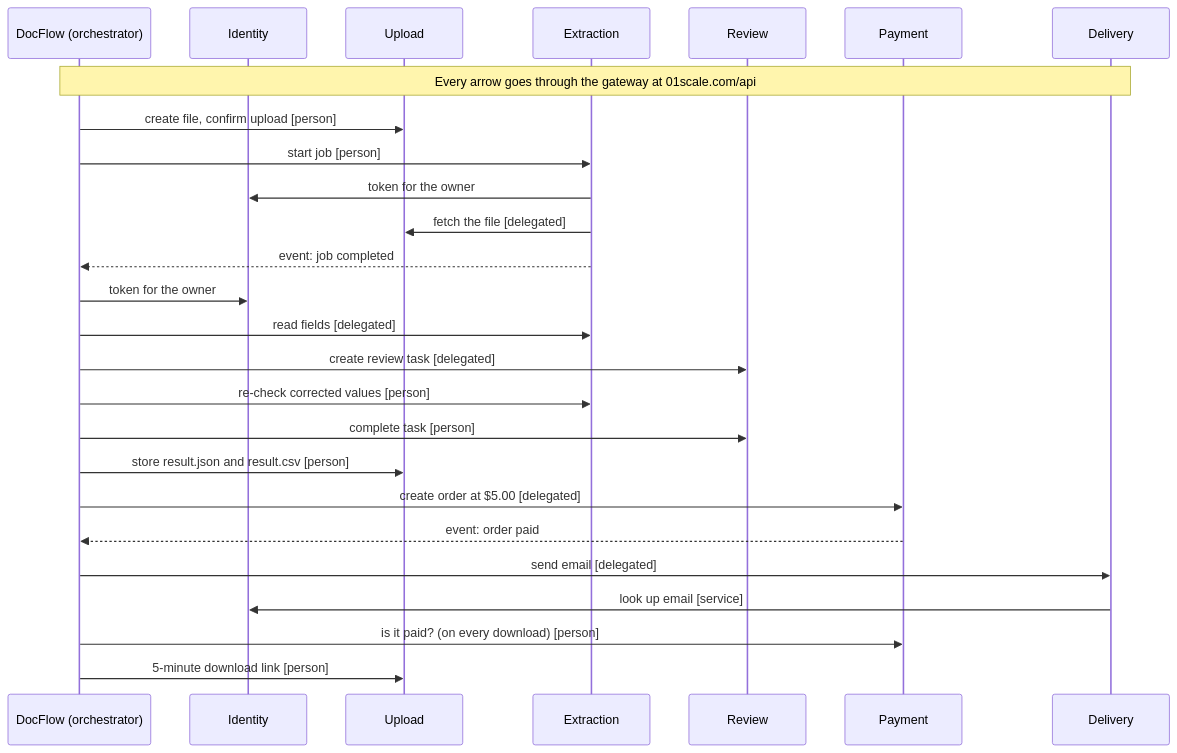
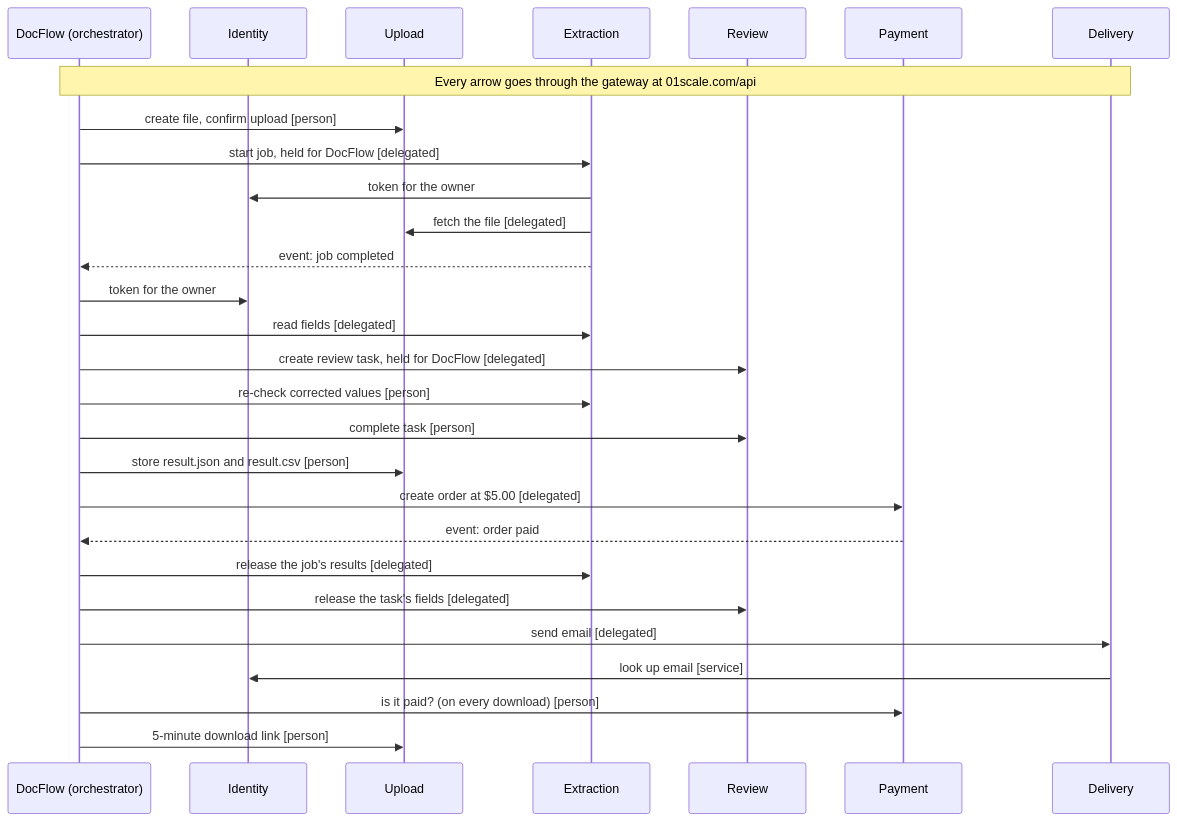
One commit to founder2863/01scale.com changed the seventh of 8 diagrams in docs/architecture/ARCHITECTURE.md. Above: the diagram before and after it, drawn with Mermaid. The commit also changed other lines of this file and 35 other files, not shown here.

````diff
--- a/docs/architecture/ARCHITECTURE.md
+++ b/docs/architecture/ARCHITECTURE.md
@@ -365,28 +365,30 @@
 ```mermaid
 sequenceDiagram
   participant D as DocFlow (orchestrator)
   participant I as Identity
   participant U as Upload
   participant X as Extraction
   participant R as Review
   participant P as Payment
   participant L as Delivery
   Note over D,L: Every arrow goes through the gateway at 01scale.com/api
   D->>U: create file, confirm upload [person]
-  D->>X: start job [person]
+  D->>X: start job, held for DocFlow [delegated]
   X->>I: token for the owner
   X->>U: fetch the file [delegated]
   X-->>D: event: job completed
   D->>I: token for the owner
   D->>X: read fields [delegated]
-  D->>R: create review task [delegated]
+  D->>R: create review task, held for DocFlow [delegated]
   D->>X: re-check corrected values [person]
   D->>R: complete task [person]
   D->>U: store result.json and result.csv [person]
   D->>P: create order at $5.00 [delegated]
   P-->>D: event: order paid
+  D->>X: release the job's results [delegated]
+  D->>R: release the task's fields [delegated]
   D->>L: send email [delegated]
   L->>I: look up email [service]
   D->>P: is it paid? (on every download) [person]
   D->>U: 5-minute download link [person]
 ```
````
